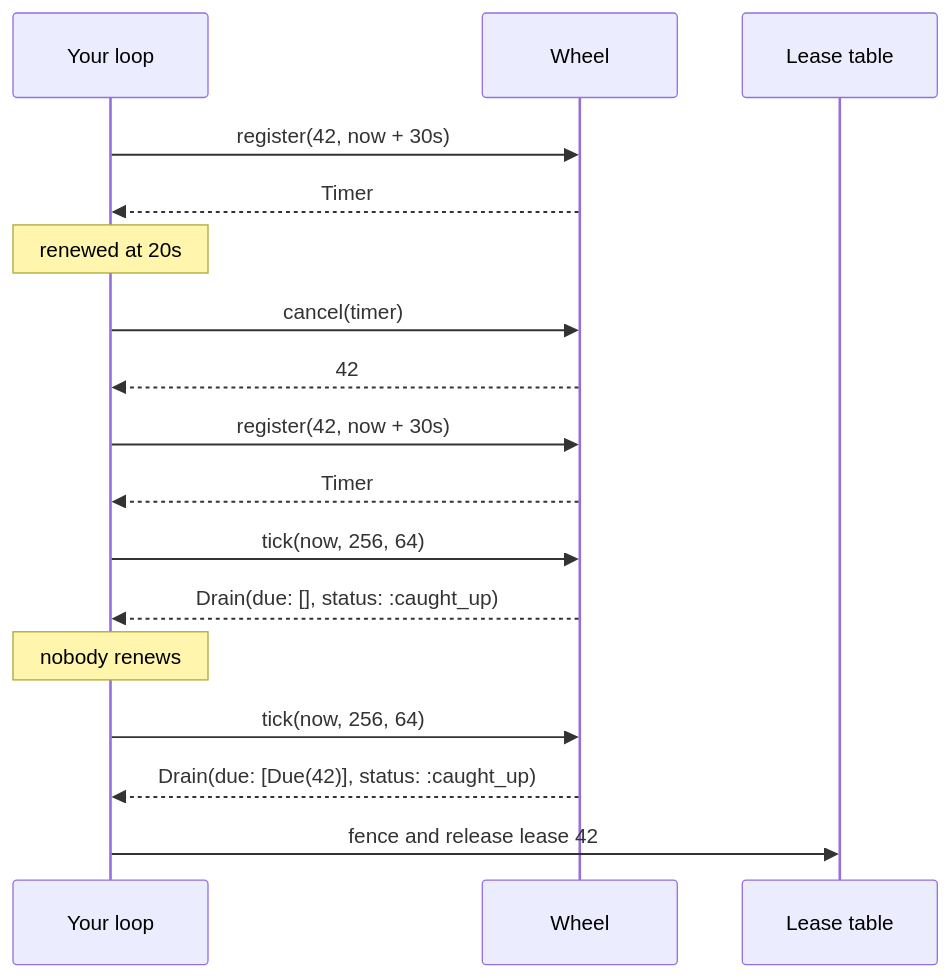
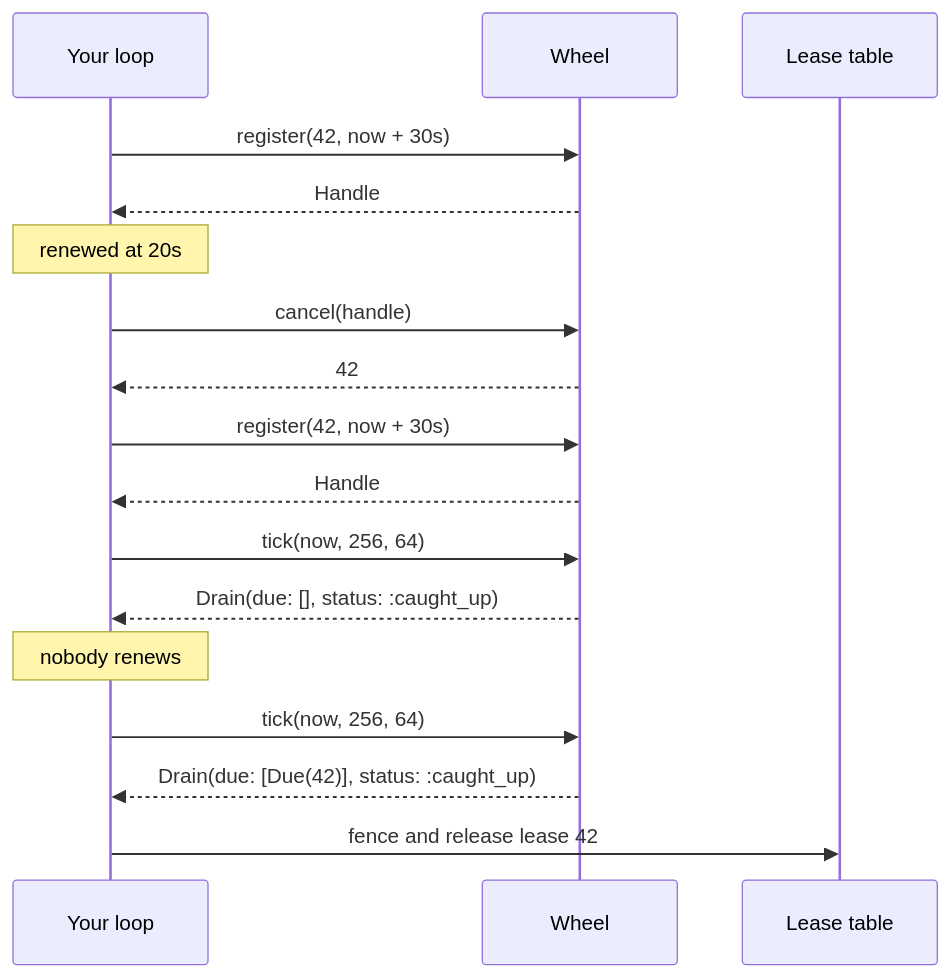
Before and after one commit to seuros/wheel_machines: the second of 2 diagrams in README.md, drawn with Mermaid. The commit also changed other lines of this file and 9 other files, not shown here.

````diff
--- a/README.md
+++ b/README.md
@@ -75,22 +79,22 @@
 ```mermaid
 sequenceDiagram
     participant A as Your loop
     participant W as Wheel
     participant L as Lease table
 
     A->>W: register(42, now + 30s)
-    W-->>A: Timer
+    W-->>A: Handle
     Note over A: renewed at 20s
-    A->>W: cancel(timer)
+    A->>W: cancel(handle)
     W-->>A: 42
     A->>W: register(42, now + 30s)
-    W-->>A: Timer
+    W-->>A: Handle
 
     A->>W: tick(now, 256, 64)
     W-->>A: Drain(due: [], status: :caught_up)
     Note over A: nobody renews
 
     A->>W: tick(now, 256, 64)
     W-->>A: Drain(due: [Due(42)], status: :caught_up)
     A->>L: fence and release lease 42
 ```
````
